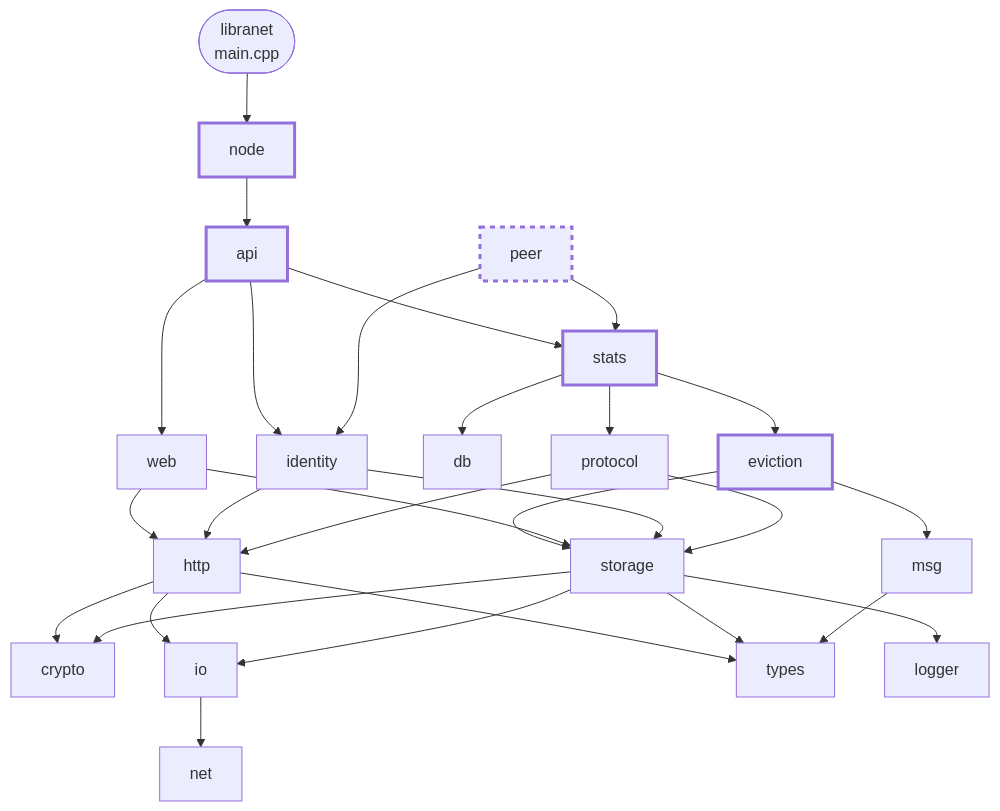
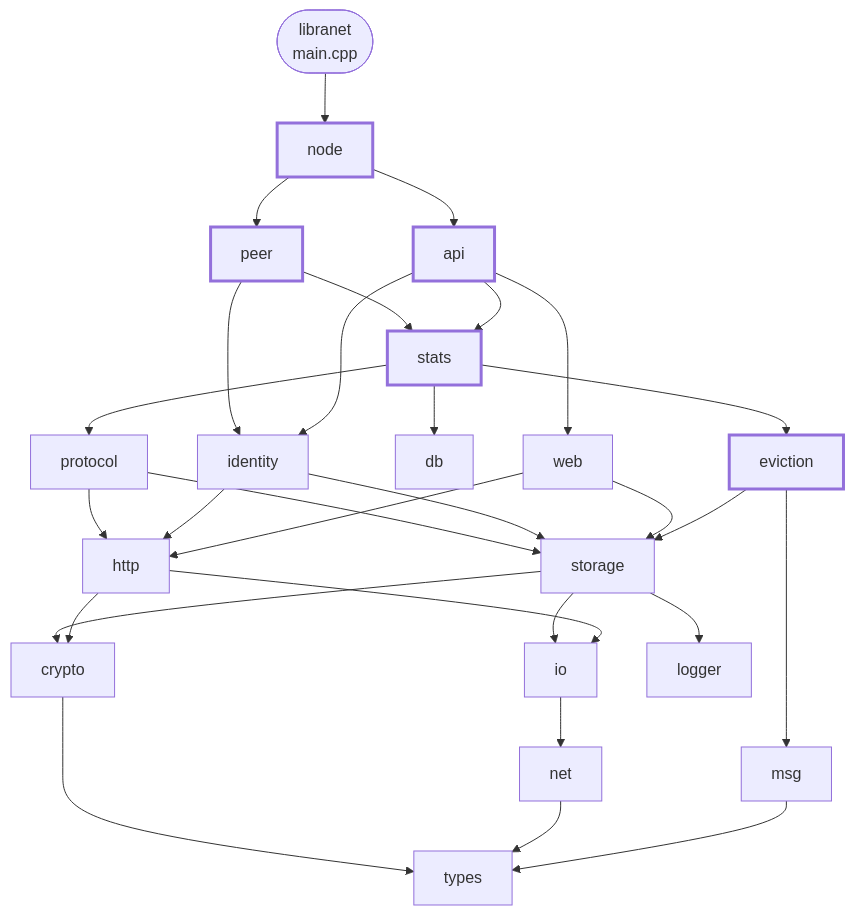
One commit to marcpage/libranet changed the third of 17 diagrams in cpp/docs/Overview.md. Above: the diagram before and after it, drawn with Mermaid. The commit also changed other lines of this file and 2 other files, not shown here.

````diff
--- a/cpp/docs/Overview.md
+++ b/cpp/docs/Overview.md
@@ -207,36 +220,35 @@
 ```mermaid
 flowchart TD
     libranet(["libranet<br/>main.cpp"])
     libranet --> node
     node --> api
+    node --> peer
     api --> identity
     api --> stats
     api --> web
     peer --> identity
     peer --> stats
     stats --> db
     stats --> eviction
     stats --> protocol
     eviction --> msg
     eviction --> storage
     web --> http
     web --> storage
     identity --> http
     identity --> storage
     protocol --> http
     protocol --> storage
     http --> crypto
     http --> io
-    http --> types
     storage --> crypto
     storage --> io
     storage --> logger
-    storage --> types
     msg --> types
     io --> net
+    net --> types
+    crypto --> types
 
     classDef part stroke-width:3px
-    classDef unlinked stroke-width:3px,stroke-dasharray: 5 5
-    class node,api,stats,eviction part
-    class peer unlinked
+    class node,api,stats,eviction,peer part
 ```
````
